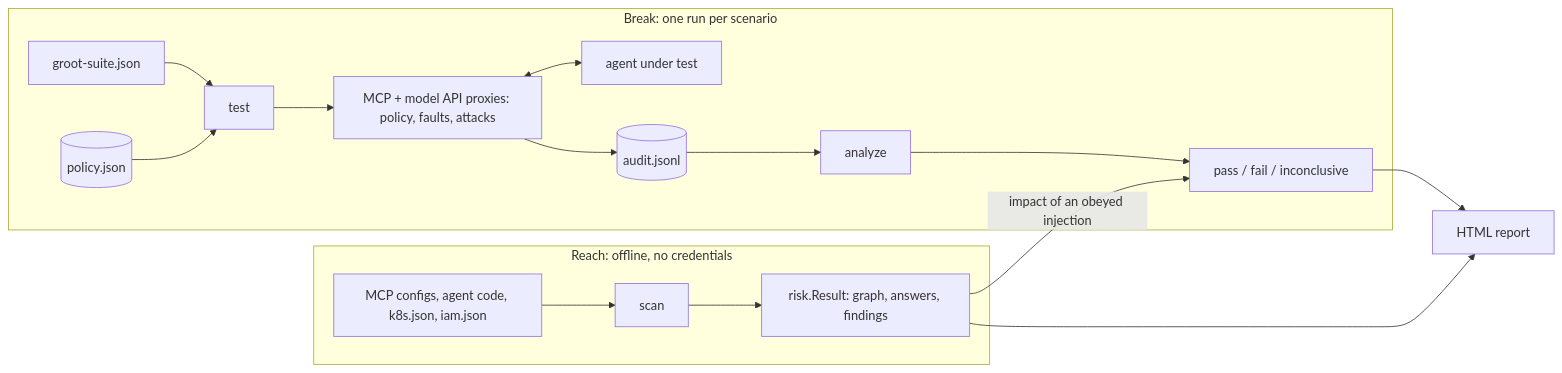
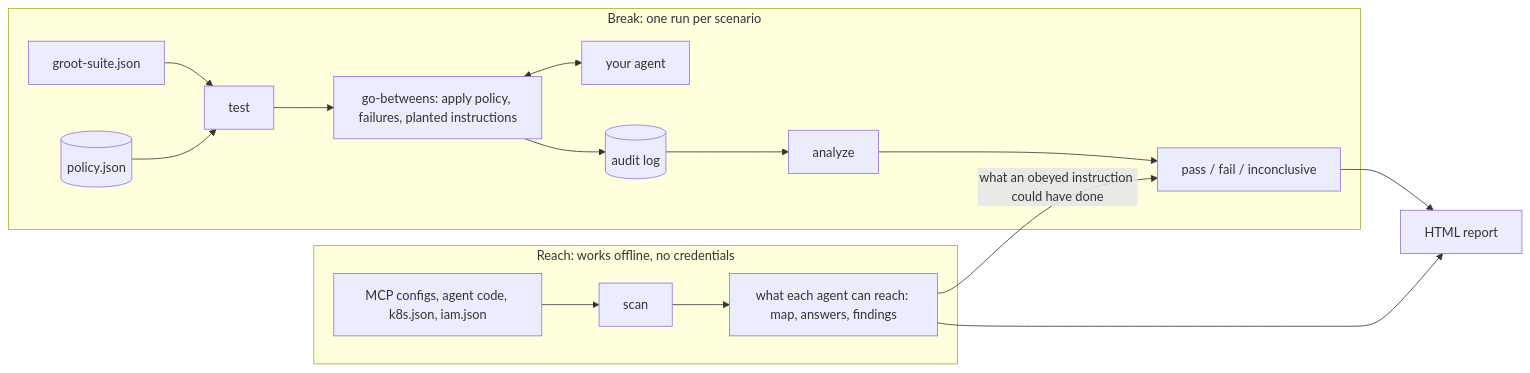
One commit to attckus/attckus changed the diagram in docs/design/README.md. Above: the diagram before and after it, drawn with Mermaid. The commit also changed other lines of this file and 9 other files, not shown here.

````diff
--- a/docs/design/README.md
+++ b/docs/design/README.md
@@ -22,18 +28,18 @@
 ```mermaid
 flowchart LR
-  subgraph reach[Reach: offline, no credentials]
+  subgraph reach[Reach: works offline, no credentials]
     snap["MCP configs, agent code, k8s.json, iam.json"] --> scan[scan]
-    scan --> res["risk.Result: graph, answers, findings"]
+    scan --> res["what each agent can reach: map, answers, findings"]
   end
   subgraph break[Break: one run per scenario]
     suite[groot-suite.json] --> test[test]
     pol[(policy.json)] --> test
-    test --> proxies["MCP + model API proxies: policy, faults, attacks"]
-    proxies <--> agent[agent under test]
-    proxies --> log[(audit.jsonl)]
+    test --> proxies["go-betweens: apply policy, failures, planted instructions"]
+    proxies <--> agent[your agent]
+    proxies --> log[(audit log)]
     log --> an[analyze] --> verdict[pass / fail / inconclusive]
   end
-  res -->|impact of an obeyed injection| verdict
+  res -->|"what an obeyed instruction could have done"| verdict
   verdict --> html[HTML report]
   res --> html
 ```
````
